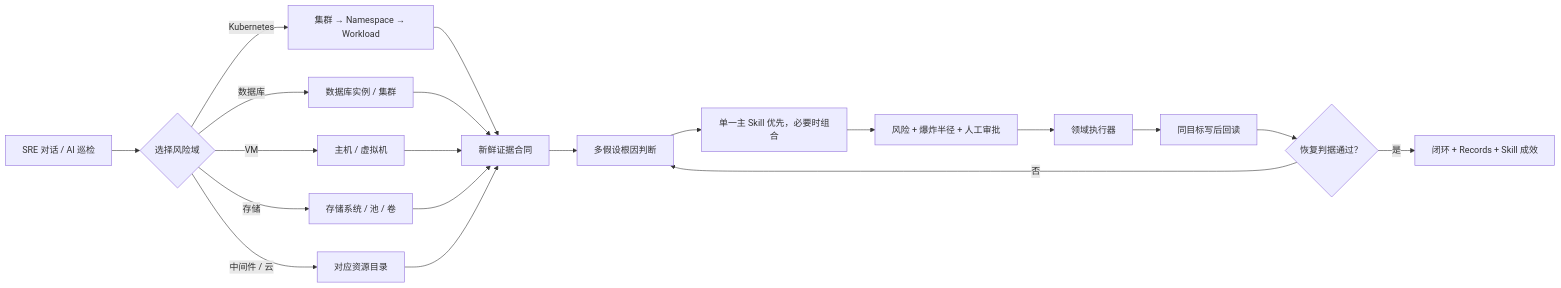
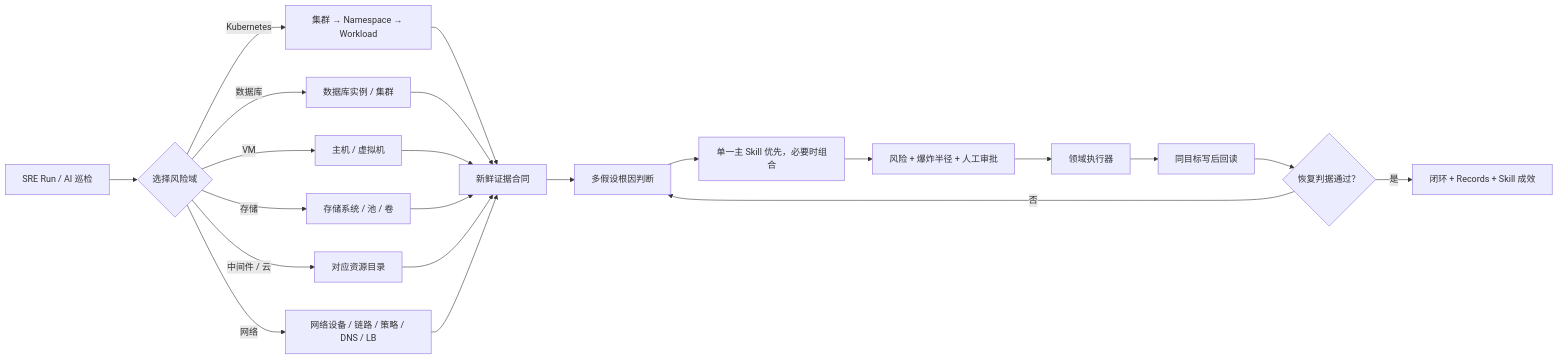
Before and after one commit to William-Lu-stack/Flawless: the first of 2 diagrams in docs/TEAM_ARCHITECTURE_AND_EXTENSION_GUIDE_ZH.md, drawn with Mermaid. The commit also changed other lines of this file and 44 other files, not shown here.

````diff
--- a/docs/TEAM_ARCHITECTURE_AND_EXTENSION_GUIDE_ZH.md
+++ b/docs/TEAM_ARCHITECTURE_AND_EXTENSION_GUIDE_ZH.md
@@ -22,23 +25,25 @@
 ```mermaid
 flowchart LR
-  ENTRY["SRE 对话 / AI 巡检"] --> DOMAIN{"选择风险域"}
+  ENTRY["SRE Run / AI 巡检"] --> DOMAIN{"选择风险域"}
   DOMAIN -->|Kubernetes| K8S["集群 → Namespace → Workload"]
   DOMAIN -->|数据库| DB["数据库实例 / 集群"]
   DOMAIN -->|VM| VM["主机 / 虚拟机"]
   DOMAIN -->|存储| ST["存储系统 / 池 / 卷"]
   DOMAIN -->|中间件 / 云| EXT["对应资源目录"]
+  DOMAIN -->|网络| NET["网络设备 / 链路 / 策略 / DNS / LB"]
 
   K8S --> EVIDENCE["新鲜证据合同"]
   DB --> EVIDENCE
   VM --> EVIDENCE
   ST --> EVIDENCE
   EXT --> EVIDENCE
+  NET --> EVIDENCE
   EVIDENCE --> ROOT["多假设根因判断"]
   ROOT --> SKILL["单一主 Skill 优先，必要时组合"]
   SKILL --> GATE["风险 + 爆炸半径 + 人工审批"]
   GATE --> EXEC["领域执行器"]
   EXEC --> READBACK["同目标写后回读"]
   READBACK --> VERIFY{"恢复判据通过？"}
   VERIFY -->|否| ROOT
   VERIFY -->|是| RECORD["闭环 + Records + Skill 成效"]
 ```
````
